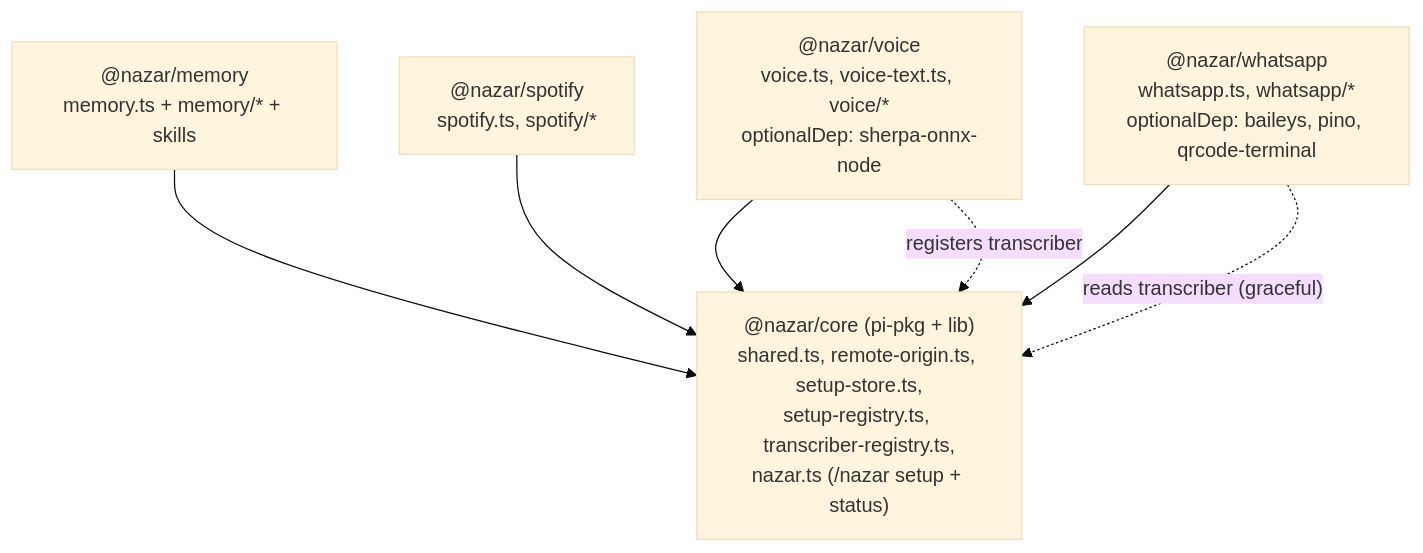
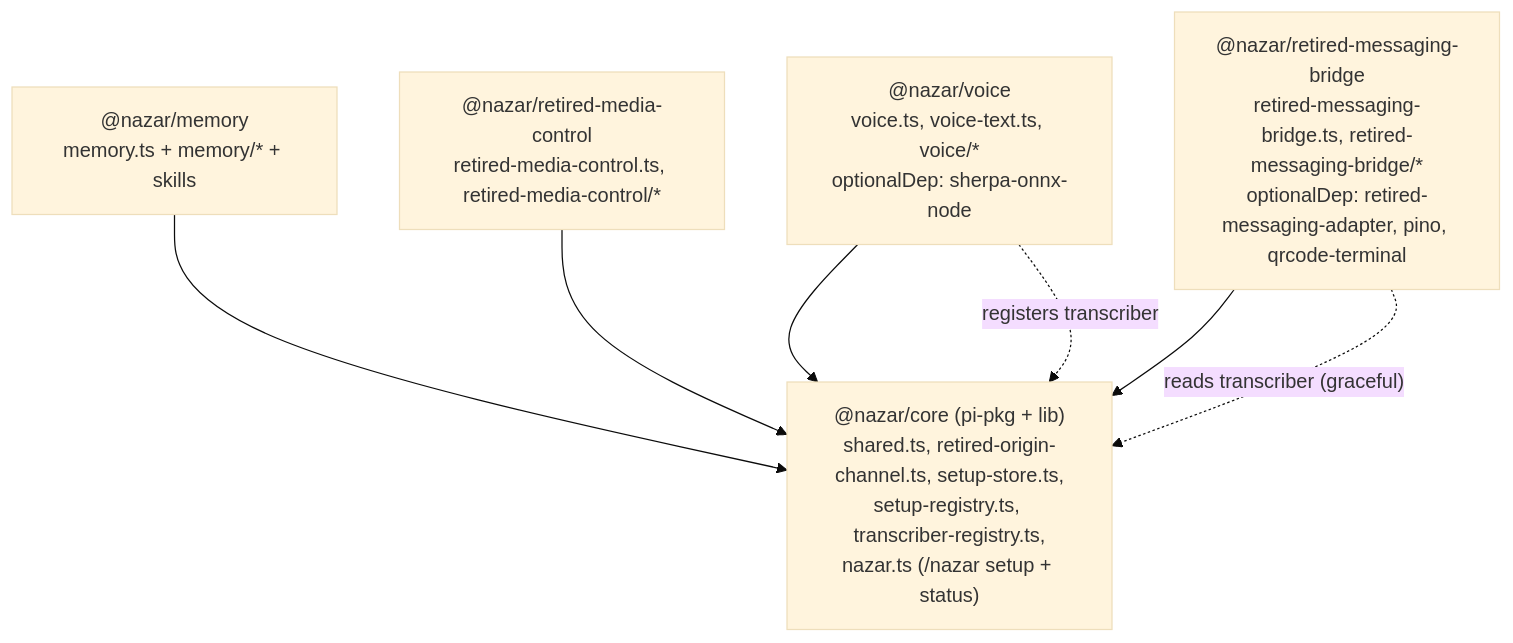
One commit to alexradunet/nazar-studio changed the diagram in .rpiv/artifacts/plans/2026-05-29_00-13-03_nazar-pareto-split.md. Above: the diagram before and after it, drawn with Mermaid (base theme). The commit also changed other lines of this file and 40 other files, not shown here.

````diff
--- a/.rpiv/artifacts/plans/2026-05-29_00-13-03_nazar-pareto-split.md
+++ b/.rpiv/artifacts/plans/2026-05-29_00-13-03_nazar-pareto-split.md
@@ -42,14 +42,14 @@
 ```mermaid
 graph TD
-  core["@nazar/core (pi-pkg + lib)\nshared.ts, remote-origin.ts, setup-store.ts,\nsetup-registry.ts, transcriber-registry.ts,\nnazar.ts (/nazar setup + status)"]
+  core["@nazar/core (pi-pkg + lib)\nshared.ts, retired-origin-channel.ts, setup-store.ts,\nsetup-registry.ts, transcriber-registry.ts,\nnazar.ts (/nazar setup + status)"]
   mem["@nazar/memory\nmemory.ts + memory/* + skills"]
   voice["@nazar/voice\nvoice.ts, voice-text.ts, voice/*\noptionalDep: sherpa-onnx-node"]
-  spot["@nazar/spotify\nspotify.ts, spotify/*"]
-  wa["@nazar/whatsapp\nwhatsapp.ts, whatsapp/*\noptionalDep: baileys, pino, qrcode-terminal"]
+  spot["@nazar/retired-media-control\nretired-media-control.ts, retired-media-control/*"]
+  wa["@nazar/retired-messaging-bridge\nretired-messaging-bridge.ts, retired-messaging-bridge/*\noptionalDep: retired-messaging-adapter, pino, qrcode-terminal"]
   mem --> core
   voice --> core
   spot --> core
   wa --> core
   voice -. "registers transcriber" .-> core
   wa -. "reads transcriber (graceful)" .-> core
 ```
````
